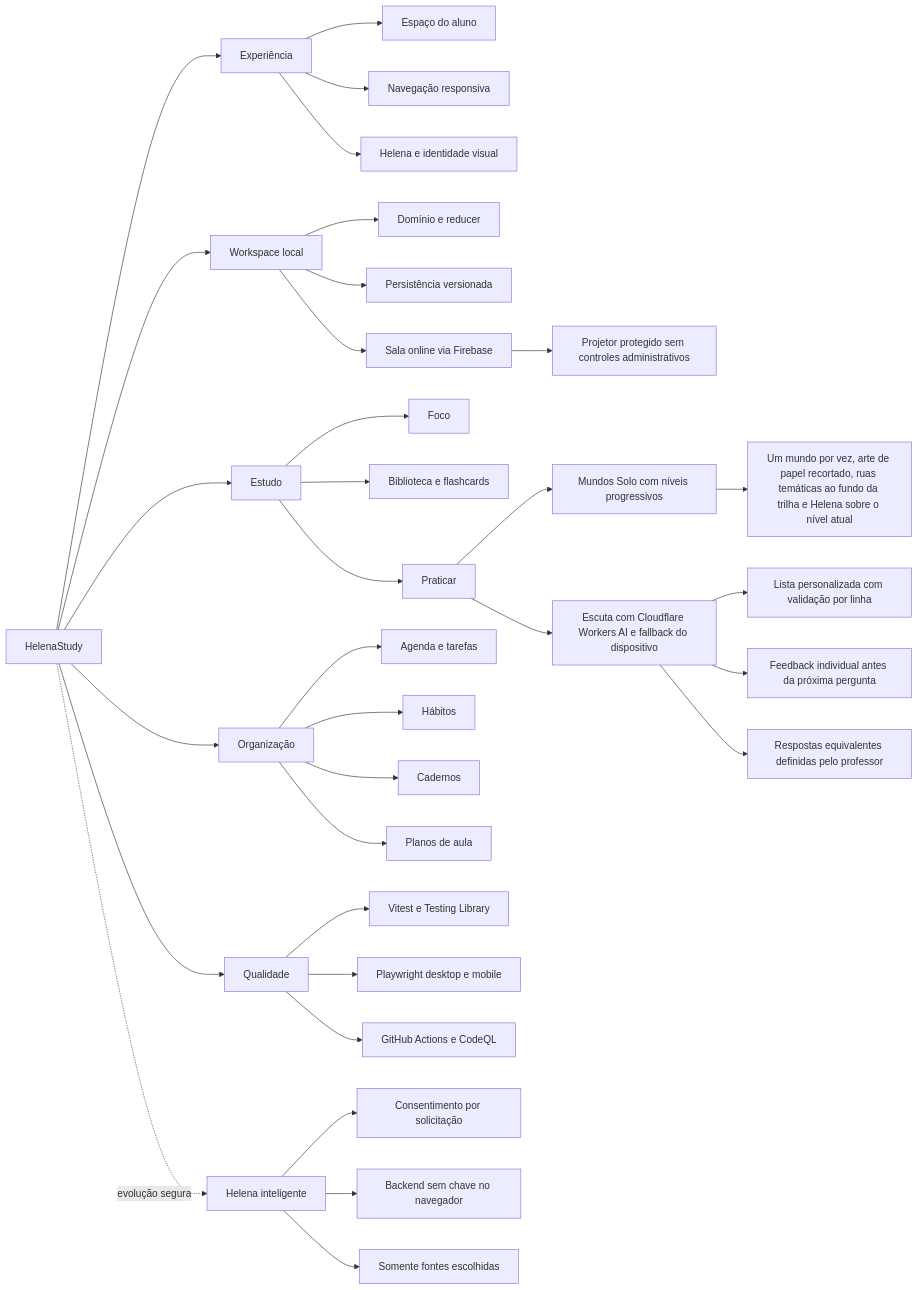
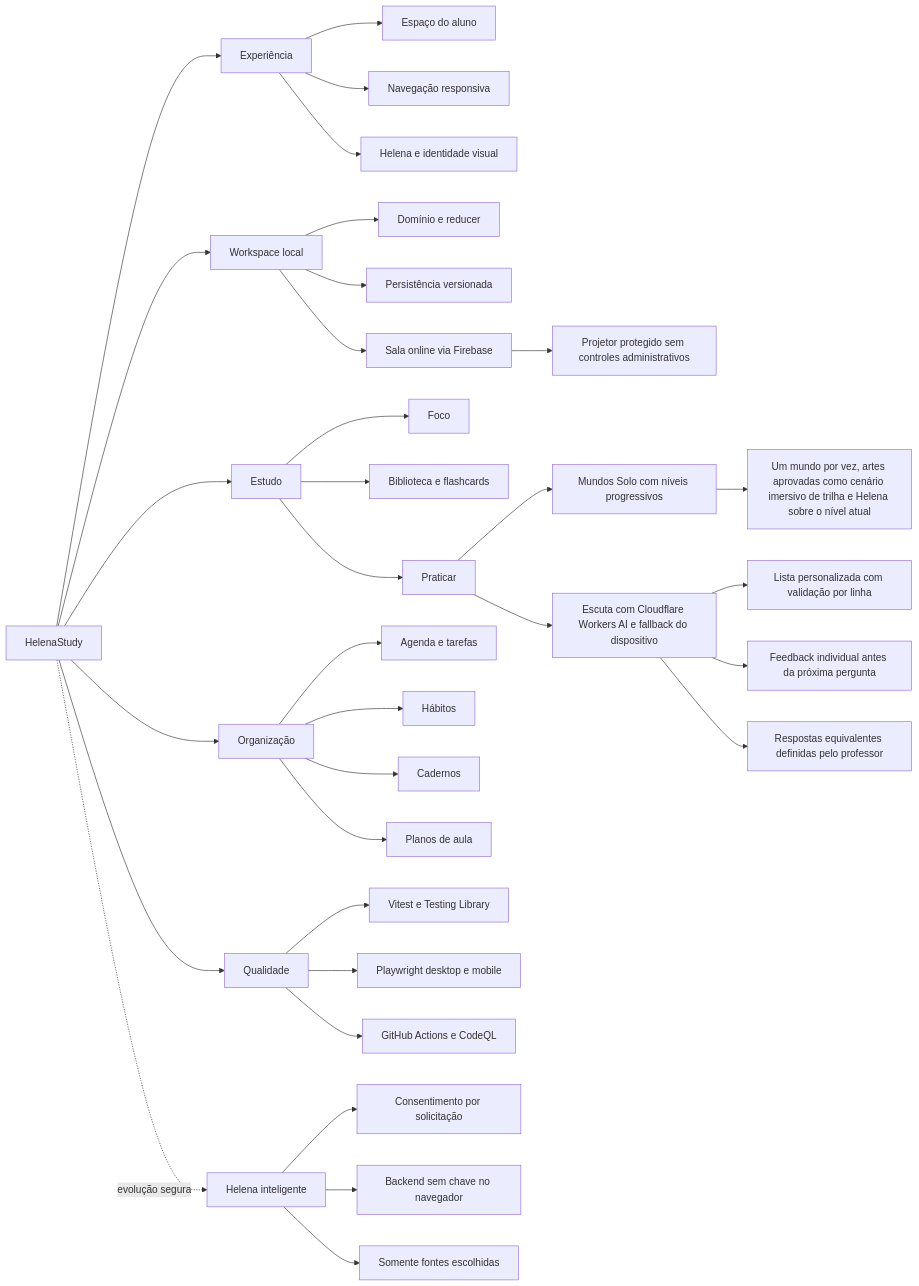
Before and after one commit to olive644/helenastudy: the diagram in docs/SECOND_BRAIN.md, drawn with Mermaid. The commit also changed 7 other files, not shown here.

````diff
--- a/docs/SECOND_BRAIN.md
+++ b/docs/SECOND_BRAIN.md
@@ -77,41 +77,41 @@
 ```mermaid
 flowchart LR
   HS[HelenaStudy] --> UX[Experiência]
   HS --> DATA[Workspace local]
   HS --> STUDY[Estudo]
   HS --> ORG[Organização]
   HS --> QUALITY[Qualidade]
   HS -. evolução segura .-> INTEL[Helena inteligente]
 
   UX --> TODAY[Espaço do aluno]
   UX --> NAV[Navegação responsiva]
   UX --> BRAND[Helena e identidade visual]
 
   DATA --> DOMAIN[Domínio e reducer]
   DATA --> STORAGE[Persistência versionada]
   DATA --> ROOM[Sala online via Firebase]
 
   STUDY --> FOCUS[Foco]
   STUDY --> LIB[Biblioteca e flashcards]
   STUDY --> PRACTICE[Praticar]
   PRACTICE --> WORLDS[Mundos Solo com níveis progressivos]
-  WORLDS --> MOTION[Um mundo por vez, arte de papel recortado, ruas temáticas ao fundo da trilha e Helena sobre o nível atual]
+  WORLDS --> MOTION[Um mundo por vez, artes aprovadas como cenário imersivo de trilha e Helena sobre o nível atual]
   PRACTICE --> LISTEN[Escuta com Cloudflare Workers AI e fallback do dispositivo]
   LISTEN --> CUSTOM[Lista personalizada com validação por linha]
   LISTEN --> FEEDBACK[Feedback individual antes da próxima pergunta]
   ROOM --> PROJECTOR[Projetor protegido sem controles administrativos]
   LISTEN --> ALIASES[Respostas equivalentes definidas pelo professor]
 
   ORG --> PLAN[Agenda e tarefas]
   ORG --> HABITS[Hábitos]
   ORG --> NOTES[Cadernos]
   ORG --> LESSON[Planos de aula]
 
   QUALITY --> UNIT[Vitest e Testing Library]
   QUALITY --> E2E[Playwright desktop e mobile]
   QUALITY --> CI[GitHub Actions e CodeQL]
 
   INTEL --> CONSENT[Consentimento por solicitação]
   INTEL --> BACKEND[Backend sem chave no navegador]
   INTEL --> SOURCES[Somente fontes escolhidas]
 ```
````
